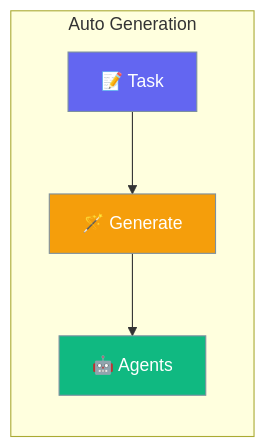
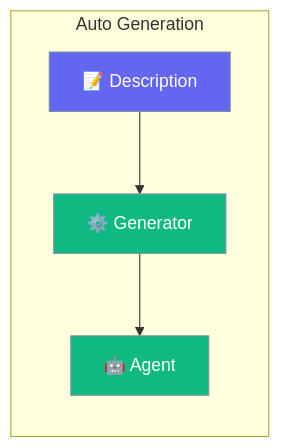
Before and after one commit to MervinPraison/PraisonAIDocs: the diagram in docs/rust/auto-generation.mdx, drawn with Mermaid. The commit also changed other lines of this file and 87 other files, not shown here.

````diff
--- a/docs/rust/auto-generation.mdx
+++ b/docs/rust/auto-generation.mdx
@@ -10,15 +10,13 @@
 ```mermaid
 graph LR
     subgraph "Auto Generation"
-        T[📝 Task] --> G[🪄 Generate]
-        G --> A[🤖 Agents]
+        D[📝 Description] --> G[⚙️ Generator]
+        G --> A[🤖 Agent]
     end
     
-    classDef task fill:#6366F1,stroke:#7C90A0,color:#fff
-    classDef generate fill:#F59E0B,stroke:#7C90A0,color:#fff
-    classDef agents fill:#10B981,stroke:#7C90A0,color:#fff
+    classDef input fill:#6366F1,stroke:#7C90A0,color:#fff
+    classDef output fill:#10B981,stroke:#7C90A0,color:#fff
     
-    class T task
-    class G generate
-    class A agents
+    class D input
+    class G,A output
 ```
````
